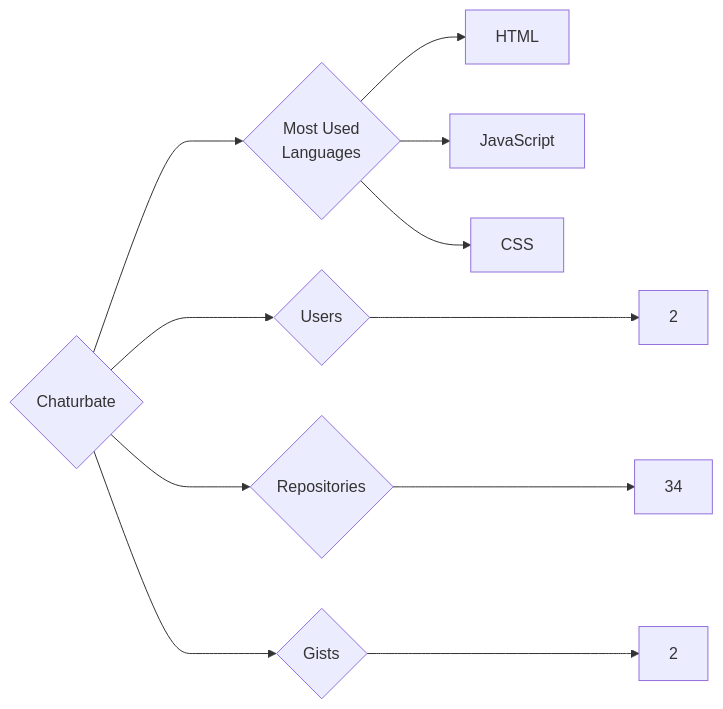
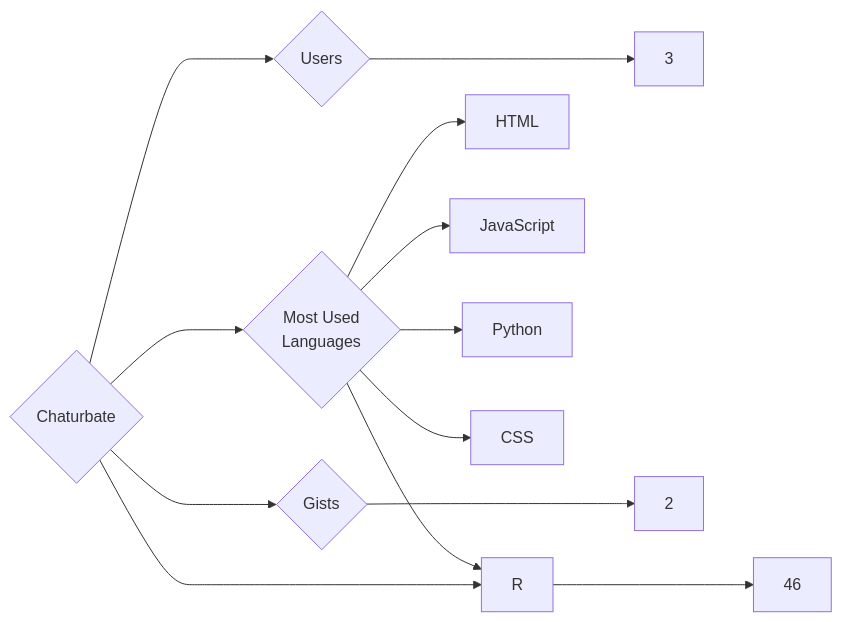
The diagram in targets/Chaturbate/README.md (trickest/insiders), drawn with Mermaid before and after one commit. The commit also changed 752 other files, not shown here.

````diff
--- a/targets/Chaturbate/README.md
+++ b/targets/Chaturbate/README.md
@@ -3,11 +3,13 @@
 ```mermaid
 graph LR
 COMPANY_NAME{Chaturbate}
-COMPANY_NAME ---> U{Users} ---> UN[2]
-COMPANY_NAME ---> R{Repositories} ---> RN[34]
+COMPANY_NAME ---> U{Users} ---> UN[3]
+COMPANY_NAME ---> R{Repositories} ---> RN[46]
 COMPANY_NAME ---> G{Gists} ---> GN[2]
 COMPANY_NAME ---> ML{Most Used<br>Languages}
 ML --> HTML[HTML]
 ML --> JavaScript[JavaScript]
+ML --> Python[Python]
 ML --> CSS[CSS]
+ML --> R[R]
 ```
````
